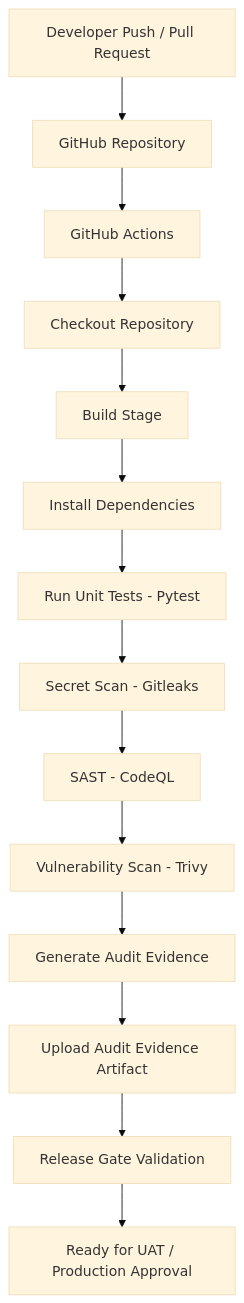
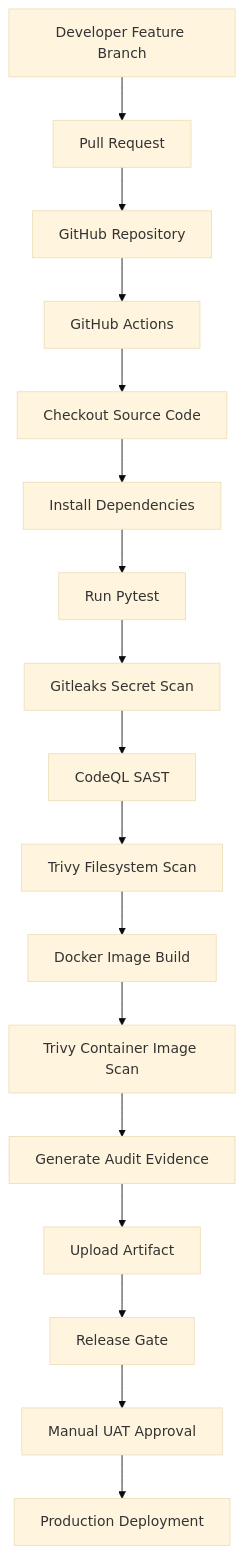
Before and after one commit to ukulelelofi/CloudMart-DevSecOps-Pipeline: the diagram in README.md, drawn with Mermaid (base theme). The commit also changed other lines of this file, not shown here.

````diff
--- a/README.md
+++ b/README.md
@@ -9,29 +41,35 @@
 ```mermaid
 flowchart TD
 
-A[Developer Push / Pull Request] --> B[GitHub Repository]
+A[Developer Feature Branch] --> B[Pull Request]
 
-B --> C[GitHub Actions]
+B --> C[GitHub Repository]
 
-C --> D[Checkout Repository]
+C --> D[GitHub Actions]
 
-D --> E[Build Stage]
+D --> E[Checkout Source Code]
 
 E --> F[Install Dependencies]
 
-F --> G[Run Unit Tests - Pytest]
+F --> G[Run Pytest]
 
-G --> H[Secret Scan - Gitleaks]
+G --> H[Gitleaks Secret Scan]
 
-H --> I[SAST - CodeQL]
+H --> I[CodeQL SAST]
 
-I --> J[Vulnerability Scan - Trivy]
+I --> J[Trivy Filesystem Scan]
 
-J --> K[Generate Audit Evidence]
+J --> K[Docker Image Build]
 
-K --> L[Upload Audit Evidence Artifact]
+K --> L[Trivy Container Image Scan]
 
-L --> M[Release Gate Validation]
+L --> M[Generate Audit Evidence]
 
-M --> N[Ready for UAT / Production Approval]
+M --> N[Upload Artifact]
+
+N --> O[Release Gate]
+
+O --> P[Manual UAT Approval]
+
+P --> Q[Production Deployment]
 ```
````
